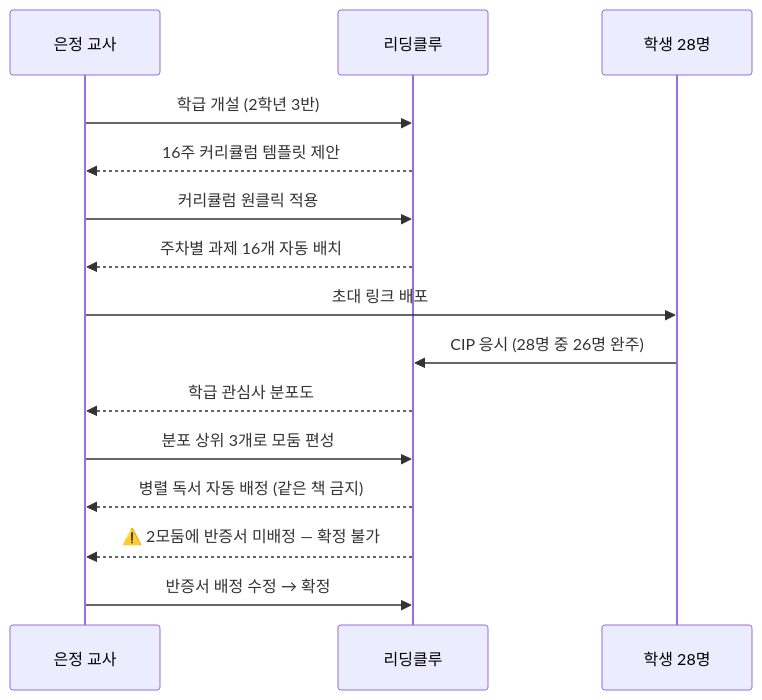
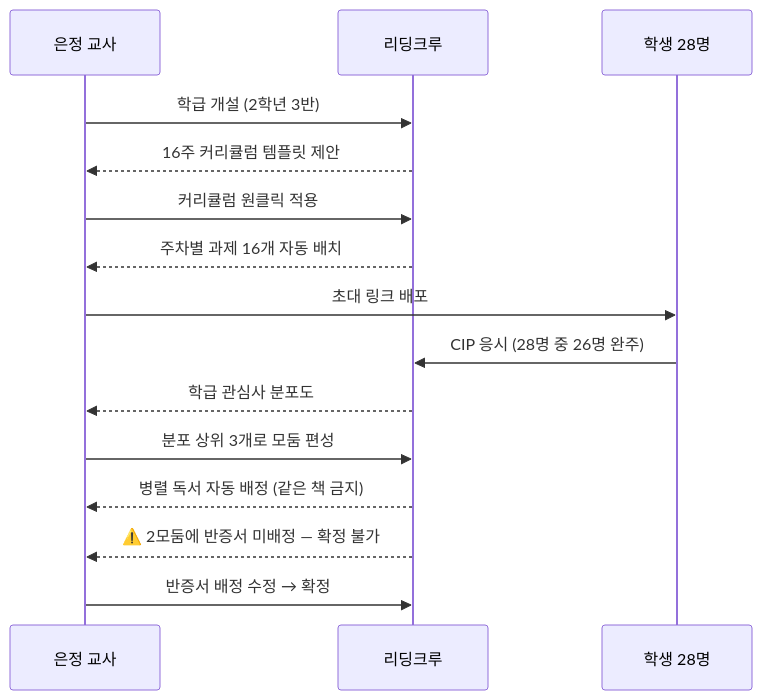
Before and after one commit to Collegenie-X/ReadingClueProject: diagram 11 of 19 in 아이디어/7단계-리딩클루_관심사50_클루패스_설계서.md, drawn with Mermaid. The commit also changed other lines of this file and 9 other files, not shown here.

````diff
--- a/아이디어/7단계-리딩클루_관심사50_클루패스_설계서.md
+++ b/아이디어/7단계-리딩클루_관심사50_클루패스_설계서.md
@@ -3625,17 +3625,17 @@
 ```mermaid
 sequenceDiagram
     participant T as 은정 교사
-    participant A as 리딩클루
+    participant A as 리딩크루
     participant S as 학생 28명
     T->>A: 학급 개설 (2학년 3반)
     A-->>T: 16주 커리큘럼 템플릿 제안
     T->>A: 커리큘럼 원클릭 적용
     A-->>T: 주차별 과제 16개 자동 배치
     T->>S: 초대 링크 배포
     S->>A: CIP 응시 (28명 중 26명 완주)
     A-->>T: 학급 관심사 분포도
     T->>A: 분포 상위 3개로 모둠 편성
     A-->>T: 병렬 독서 자동 배정 (같은 책 금지)
     A-->>T: ⚠️ 2모둠에 반증서 미배정 — 확정 불가
     T->>A: 반증서 배정 수정 → 확정
 ```
````
